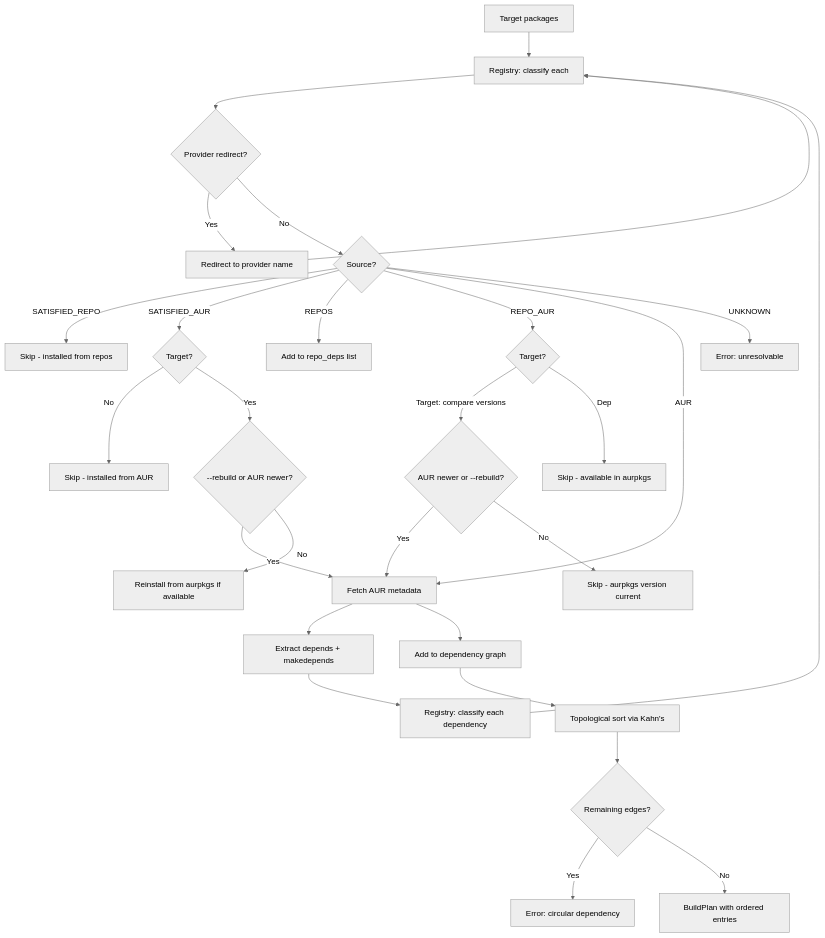
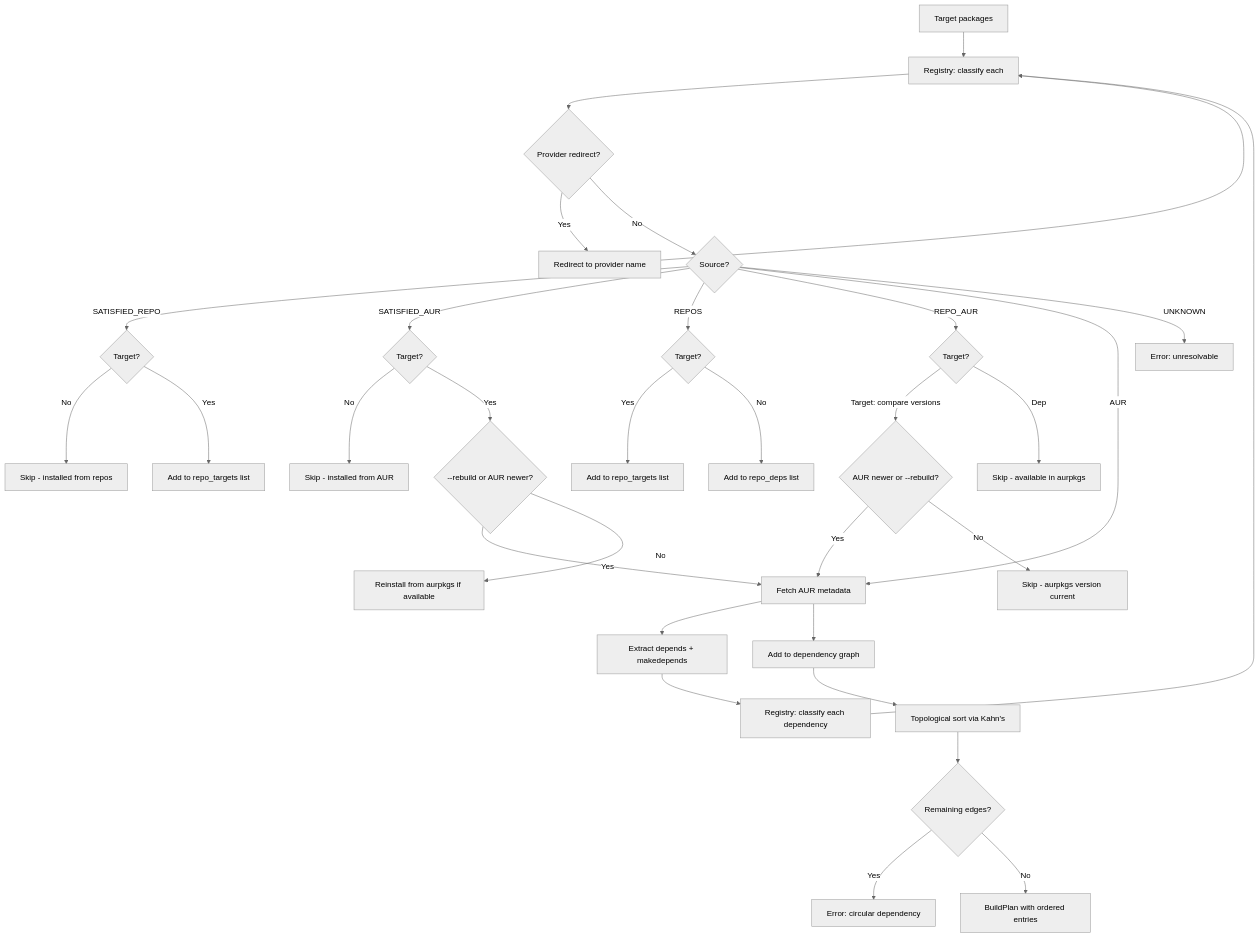
Before and after one commit to rmarquis/aurodle: the third of 3 diagrams in docs/architecture/aurodle-aur-helper.md, drawn with Mermaid (neutral theme). The commit also changed other lines of this file and 5 other files, not shown here.

First line of the commit message:
:memo: update docs and specs for repo_targets classification

````diff
--- a/docs/architecture/aurodle-aur-helper.md
+++ b/docs/architecture/aurodle-aur-helper.md
@@ -573,30 +576,34 @@
 ```mermaid
 flowchart TD
     A[Target packages] --> B[Registry: classify each]
     B --> P{Provider redirect?}
     P -->|Yes| PR[Redirect to provider name]
     PR --> B
     P -->|No| C{Source?}
-    C -->|SATISFIED_REPO| D1[Skip - installed from repos]
+    C -->|SATISFIED_REPO| SR{Target?}
+    SR -->|No| D1[Skip - installed from repos]
+    SR -->|Yes| SRT[Add to repo_targets list]
     C -->|SATISFIED_AUR| SA{Target?}
     SA -->|No| D2[Skip - installed from AUR]
     SA -->|Yes| SAT{--rebuild or AUR newer?}
     SAT -->|Yes| F
     SAT -->|No| SAR[Reinstall from aurpkgs if available]
-    C -->|REPOS| E[Add to repo_deps list]
+    C -->|REPOS| RE2{Target?}
+    RE2 -->|Yes| RT[Add to repo_targets list]
+    RE2 -->|No| E[Add to repo_deps list]
     C -->|REPO_AUR| R{Target?}
     R -->|Target: compare versions| V{AUR newer or --rebuild?}
     R -->|Dep| D2b2[Skip - available in aurpkgs]
     V -->|Yes| F[Fetch AUR metadata]
     V -->|No| D2b[Skip - aurpkgs version current]
     C -->|AUR| F
     C -->|UNKNOWN| G[Error: unresolvable]
     F --> H[Extract depends + makedepends]
     H --> I[Registry: classify each dependency]
     I --> B
     F --> J[Add to dependency graph]
     J --> K[Topological sort via Kahn's]
     K --> L{Remaining edges?}
     L -->|Yes| M[Error: circular dependency]
     L -->|No| N[BuildPlan with ordered entries]
 ```
````
